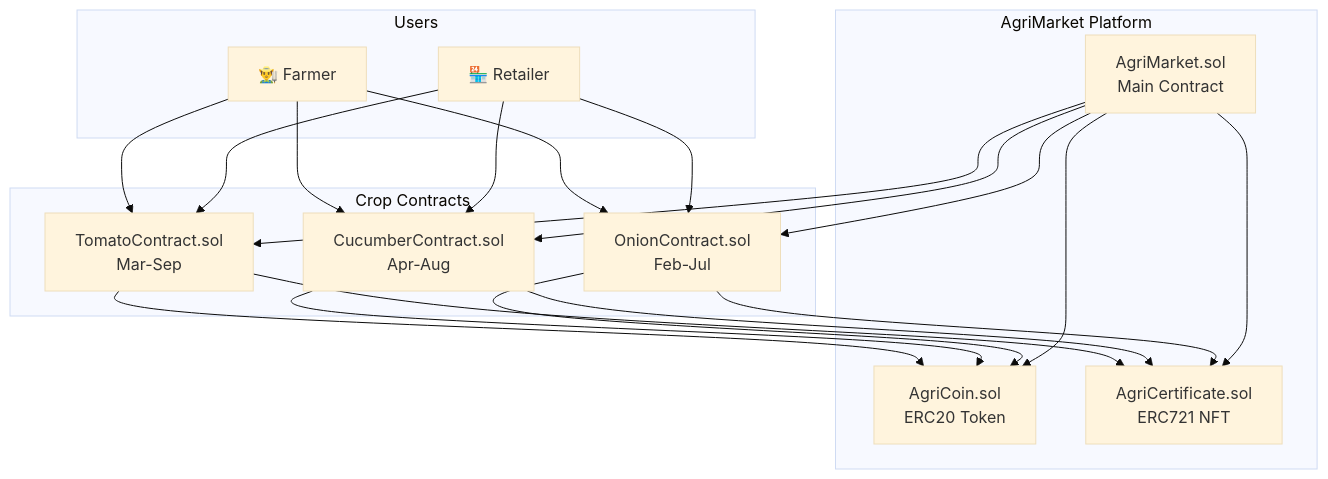
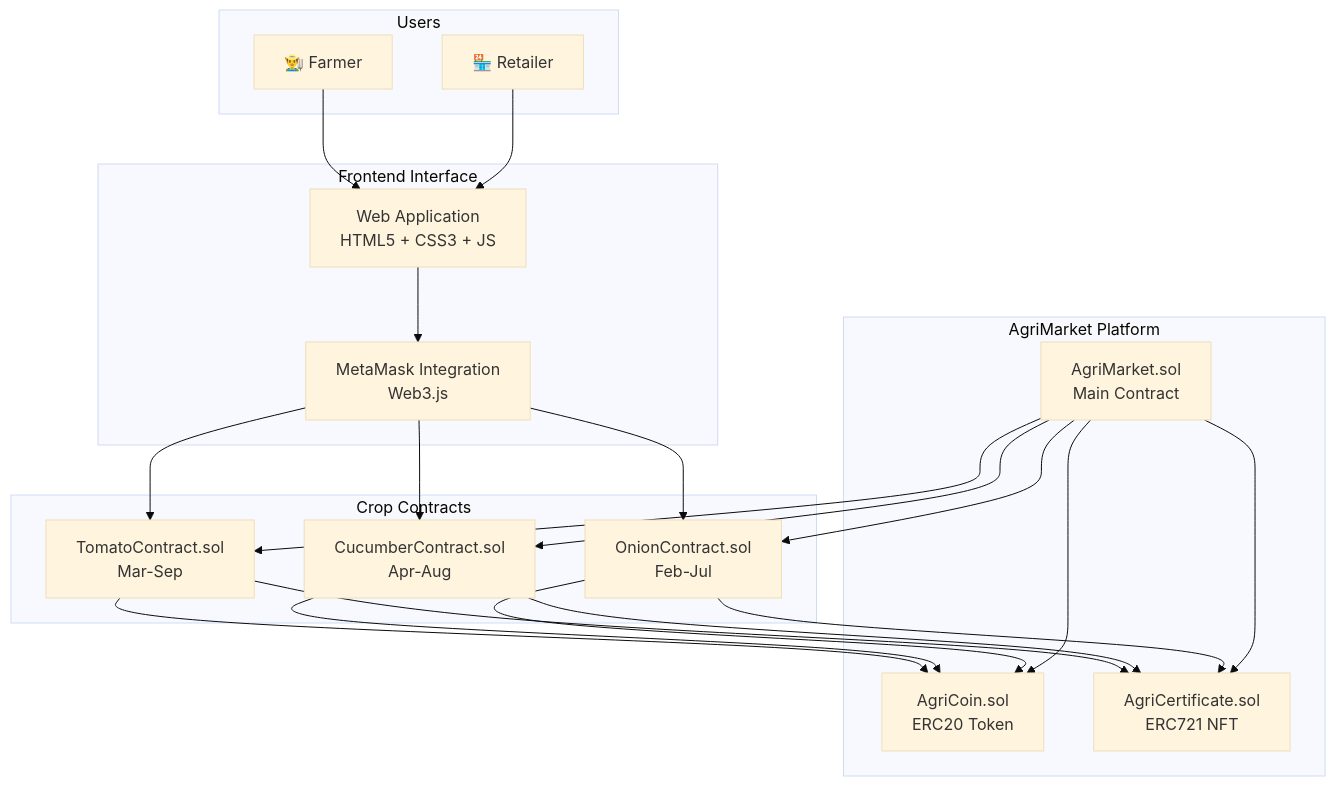
Before and after one commit to AdirGelkop/AgriMarket: the diagram in README.md, drawn with Mermaid (base theme). The commit also changed other lines of this file, not shown here.

````diff
--- a/README.md
+++ b/README.md
@@ -17,40 +18,45 @@
 ```mermaid
 graph TB
+    subgraph "Frontend Interface"
+        FUI[Web Application<br/>HTML5 + CSS3 + JS]
+        MM[MetaMask Integration<br/>Web3.js]
+    end
+    
     subgraph "AgriMarket Platform"
         AM[AgriMarket.sol<br/>Main Contract]
         AC[AgriCoin.sol<br/>ERC20 Token]
         CERT[AgriCertificate.sol<br/>ERC721 NFT]
     end
     
     subgraph "Crop Contracts"
         TC[TomatoContract.sol<br/>Mar-Sep]
         CC[CucumberContract.sol<br/>Apr-Aug]
         OC[OnionContract.sol<br/>Feb-Jul]
     end
     
     subgraph "Users"
         F[👨‍🌾 Farmer]
         R[🏪 Retailer]
     end
     
-    F --> TC
-    F --> CC
-    F --> OC
-    R --> TC
-    R --> CC
-    R --> OC
+    F --> FUI
+    R --> FUI
+    FUI --> MM
+    MM --> TC
+    MM --> CC
+    MM --> OC
     
     TC --> AC
     CC --> AC
     OC --> AC
     
     TC --> CERT
     CC --> CERT
     OC --> CERT
     
     AM --> AC
     AM --> CERT
     AM --> TC
     AM --> CC
     AM --> OC
 ```
````
